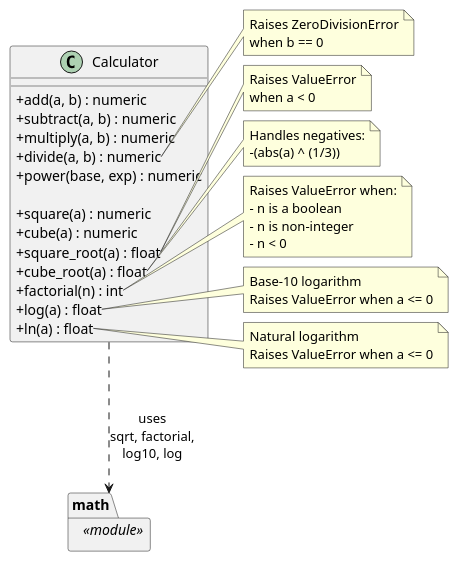
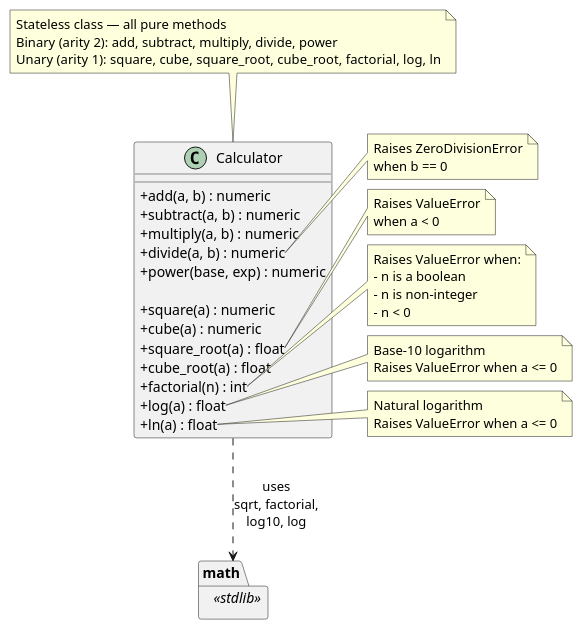
One commit to DanielRiha8906/Calculator_bachelor_autoevolution_team changed the diagram in artifacts/class_diagram_calculator.puml. Above: the diagram before and after it, drawn with PlantUML. The commit also changed 7 other files, not shown here.

Commit message:
update diagrams for PR #432 add-user-input CLI

```diff
--- a/artifacts/class_diagram_calculator.puml
+++ b/artifacts/class_diagram_calculator.puml
@@ -1,60 +1,61 @@
 @startuml class_diagram_calculator
 
 skinparam classAttributeIconSize 0
 
 class Calculator {
-    ' Binary Operations
+    ' Binary Operations (arity 2)
     + add(a, b) : numeric
     + subtract(a, b) : numeric
     + multiply(a, b) : numeric
     + divide(a, b) : numeric
     + power(base, exp) : numeric
 
-    ' Unary Operations
+    ' Unary Operations (arity 1)
     + square(a) : numeric
     + cube(a) : numeric
     + square_root(a) : float
     + cube_root(a) : float
     + factorial(n) : int
     + log(a) : float
     + ln(a) : float
 }
 
+note top of Calculator
+  Stateless class — all pure methods
+  Binary (arity 2): add, subtract, multiply, divide, power
+  Unary  (arity 1): square, cube, square_root, cube_root, factorial, log, ln
+end note
+
 note right of Calculator::divide
   Raises ZeroDivisionError
   when b == 0
 end note
 
 note right of Calculator::square_root
   Raises ValueError
   when a < 0
-end note
-
-note right of Calculator::cube_root
-  Handles negatives:
-  -(abs(a) ^ (1/3))
 end note
 
 note right of Calculator::factorial
   Raises ValueError when:
   - n is a boolean
   - n is non-integer
   - n < 0
 end note
 
 note right of Calculator::log
   Base-10 logarithm
   Raises ValueError when a <= 0
 end note
 
 note right of Calculator::ln
   Natural logarithm
   Raises ValueError when a <= 0
 end note
 
-package "math" <<module>> {
+package "math" <<stdlib>> {
 }
 
 Calculator ..> math : uses\nsqrt, factorial,\nlog10, log
 
 @enduml
```
